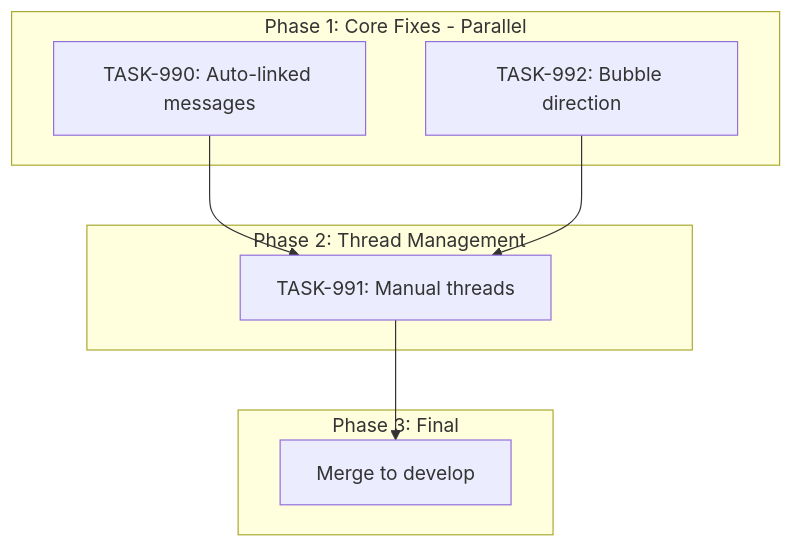
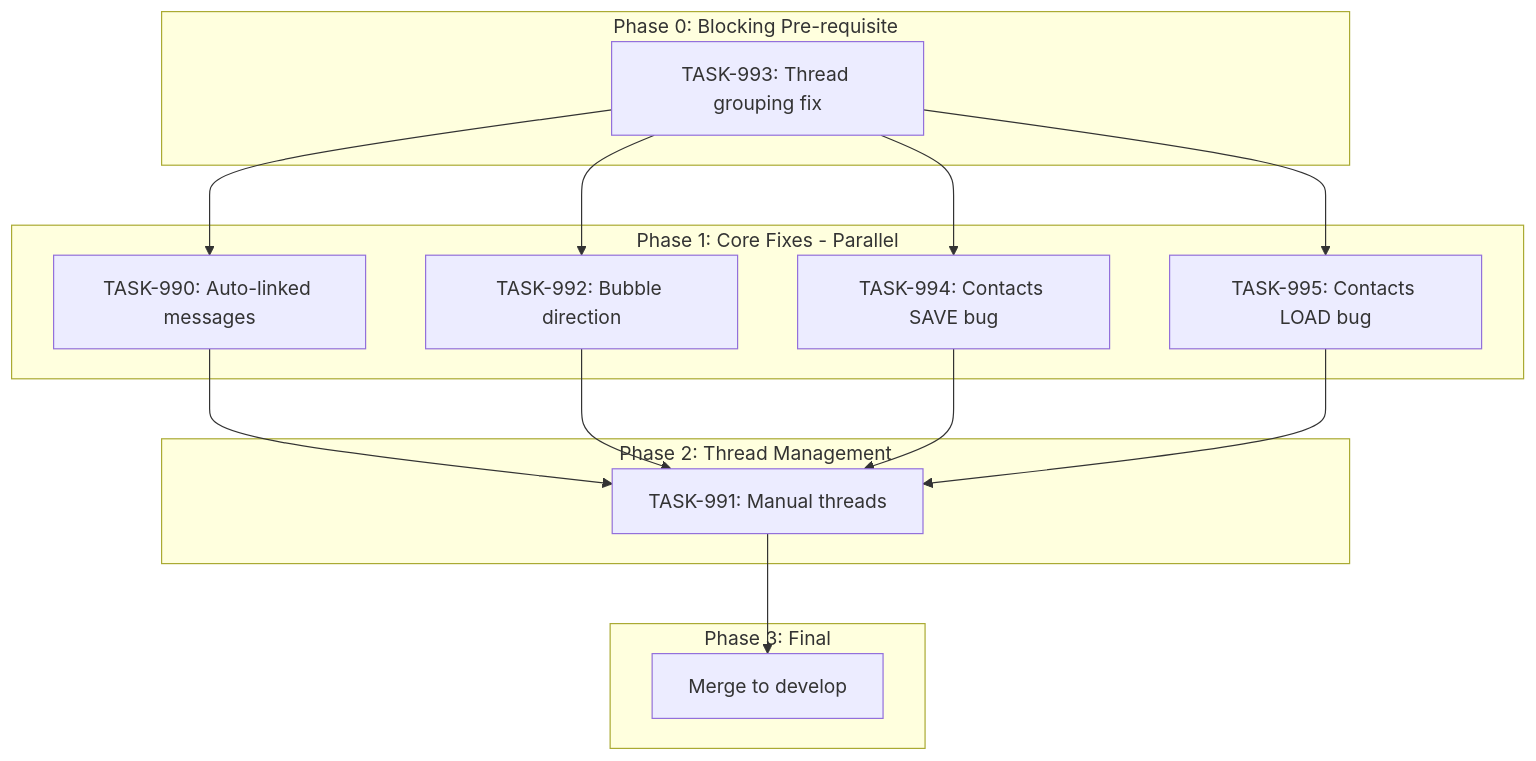
The diagram in .claude/plans/sprints/SPRINT-027-messages-contacts-polish.md (5hdaniel/Mad), drawn with Mermaid before and after one commit. The commit also changed other lines of this file and 3 other files, not shown here.

````diff
--- a/.claude/plans/sprints/SPRINT-027-messages-contacts-polish.md
+++ b/.claude/plans/sprints/SPRINT-027-messages-contacts-polish.md
@@ -87,19 +200,31 @@
 ```mermaid
 graph TD
+    subgraph Phase0[Phase 0: Blocking Pre-requisite]
+        TASK993[TASK-993: Thread grouping fix]
+    end
+
     subgraph Phase1[Phase 1: Core Fixes - Parallel]
         TASK990[TASK-990: Auto-linked messages]
         TASK992[TASK-992: Bubble direction]
+        TASK994[TASK-994: Contacts SAVE bug]
+        TASK995[TASK-995: Contacts LOAD bug]
     end
 
     subgraph Phase2[Phase 2: Thread Management]
         TASK991[TASK-991: Manual threads]
     end
 
     subgraph Phase3[Phase 3: Final]
         MERGE[Merge to develop]
     end
 
+    TASK993 --> TASK990
+    TASK993 --> TASK992
+    TASK993 --> TASK994
+    TASK993 --> TASK995
     TASK990 --> TASK991
     TASK992 --> TASK991
+    TASK994 --> TASK991
+    TASK995 --> TASK991
     TASK991 --> MERGE
 ```
````
